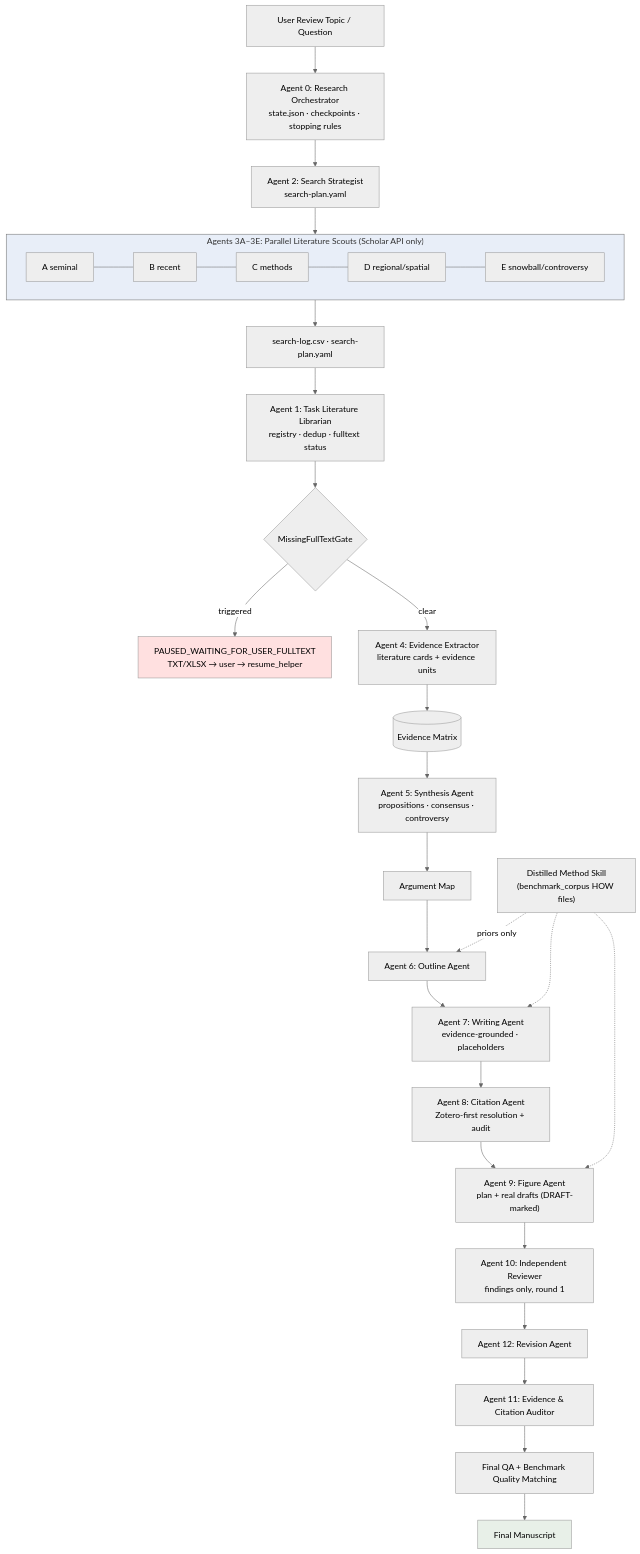
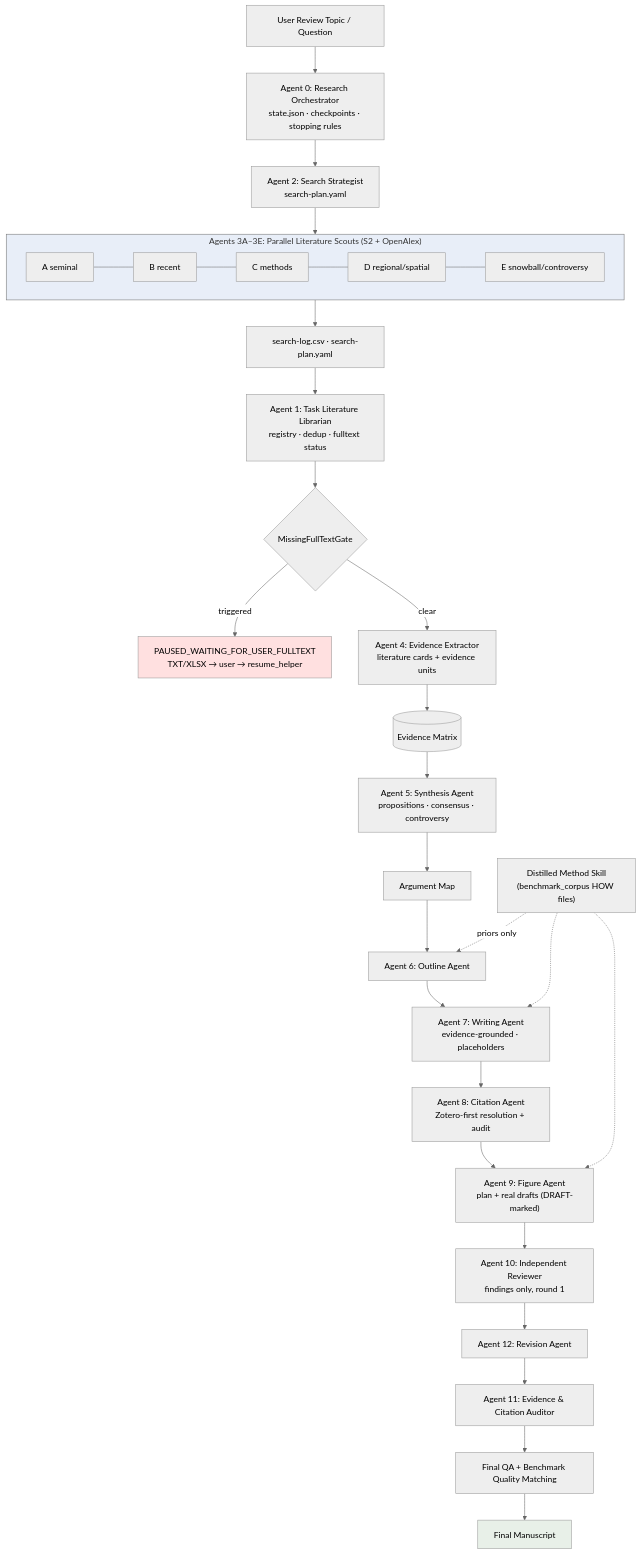
One commit to wzgytuA888/geography-literature-review-skill changed the diagram in assets/runtime-multi-agent-workflow.mmd. Above: the diagram before and after it, drawn with Mermaid (neutral theme). The commit also changed 51 other files, not shown here.

Commit message:
feat: release API-first literature review workflow v2.0.0

```diff
--- a/assets/runtime-multi-agent-workflow.mmd
+++ b/assets/runtime-multi-agent-workflow.mmd
@@ -1,37 +1,37 @@
 flowchart TB
     UT["User Review Topic / Question"] --> ORCH["Agent 0: Research Orchestrator<br/>state.json · checkpoints · stopping rules"]
 
     ORCH --> SS["Agent 2: Search Strategist<br/>search-plan.yaml"]
     SS --> SCOUTS
-    subgraph SCOUTS["Agents 3A–3E: Parallel Literature Scouts (Scholar API only)"]
+    subgraph SCOUTS["Agents 3A–3E: Parallel Literature Scouts (S2 + OpenAlex)"]
         SA["A seminal"] --- SB["B recent"]
         SB --- SC["C methods"]
         SC --- SD["D regional/spatial"]
         SD --- SE["E snowball/controversy"]
     end
     SCOUTS --> LOG["search-log.csv · search-plan.yaml"]
     LOG --> LIB["Agent 1: Task Literature Librarian<br/>registry · dedup · fulltext status"]
     LIB --> GATE{"MissingFullTextGate"}
     GATE -- "triggered" --> PAUSE["PAUSED_WAITING_FOR_USER_FULLTEXT<br/>TXT/XLSX → user → resume_helper"]
     GATE -- clear --> EXT["Agent 4: Evidence Extractor<br/>literature cards + evidence units"]
 
     EXT --> POOL[("Evidence Matrix")]
     POOL --> SYN["Agent 5: Synthesis Agent<br/>propositions · consensus · controversy"]
     SYN --> AM["Argument Map"]
     AM --> OUTA["Agent 6: Outline Agent"]
     OUTA --> WRI["Agent 7: Writing Agent<br/>evidence-grounded · placeholders"]
     WRI --> CITA["Agent 8: Citation Agent<br/>Zotero-first resolution + audit"]
     CITA --> FIGA["Agent 9: Figure Agent<br/>plan + real drafts (DRAFT-marked)"]
     FIGA --> REV["Agent 10: Independent Reviewer<br/>findings only, round 1"]
     REV --> REVA["Agent 12: Revision Agent"]
     REVA --> AUD["Agent 11: Evidence & Citation Auditor"]
     AUD --> QA["Final QA + Benchmark Quality Matching"]
     QA --> FIN["Final Manuscript"]
 
     METHOD["Distilled Method Skill<br/>(benchmark_corpus HOW files)"] -.->|"priors only"| OUTA
     METHOD -.-> WRI
     METHOD -.-> FIGA
 
     style PAUSE fill:#ffe0e0
     style FIN fill:#e8f0e8
     style SCOUTS fill:#e8eef8
```
